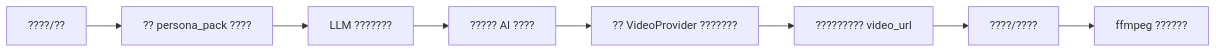
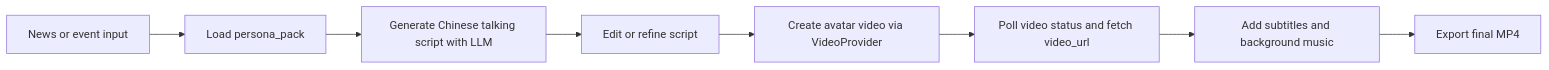
One commit to SydneySlu/avatar-ai-agent changed the diagram in README.md. Above: the diagram before and after it, drawn with Mermaid. The commit also changed other lines of this file and 2 other files, not shown here.

````diff
--- a/README.md
+++ b/README.md
@@ -17,10 +19,10 @@
 ```mermaid
 flowchart LR
-  A[????/??] --> B[?? persona_pack ????]
-  B --> C[LLM ???????]
-  C --> D[????? AI ????]
-  D --> E[?? VideoProvider ???????]
-  E --> F[????????? video_url]
-  F --> G[????/????]
-  G --> H[ffmpeg ??????]
+  A[News or event input] --> B[Load persona_pack]
+  B --> C[Generate Chinese talking script with LLM]
+  C --> D[Edit or refine script]
+  D --> E[Create avatar video via VideoProvider]
+  E --> F[Poll video status and fetch video_url]
+  F --> G[Add subtitles and background music]
+  G --> H[Export final MP4]
 ```
````
